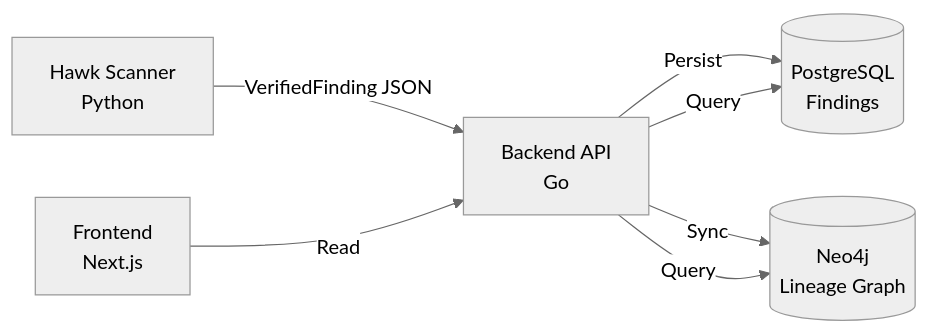
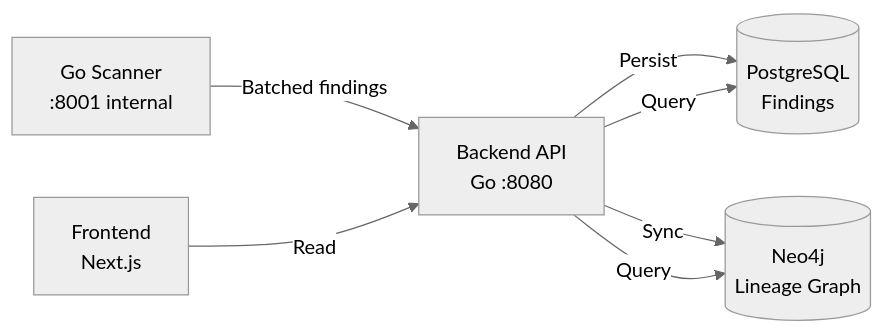
The first of 3 diagrams in docs/architecture/overview.md (RnR-DND/ARC-HAWK-DD), drawn with Mermaid (neutral theme) before and after one commit. The commit also changed other lines of this file and 14 other files, not shown here.

````diff
--- a/docs/architecture/overview.md
+++ b/docs/architecture/overview.md
@@ -46,9 +47,9 @@
 ```mermaid
 graph LR
-    Scanner[Hawk Scanner<br/>Python] -->|VerifiedFinding JSON| API[Backend API<br/>Go]
+    Scanner[Go Scanner<br/>:8001 internal] -->|Batched findings| API[Backend API<br/>Go :8080]
     API -->|Persist| PG[(PostgreSQL<br/>Findings)]
     API -->|Sync| Neo4j[(Neo4j<br/>Lineage Graph)]
     Dashboard[Frontend<br/>Next.js] -->|Read| API
     API -->|Query| PG
     API -->|Query| Neo4j
 ```
````
